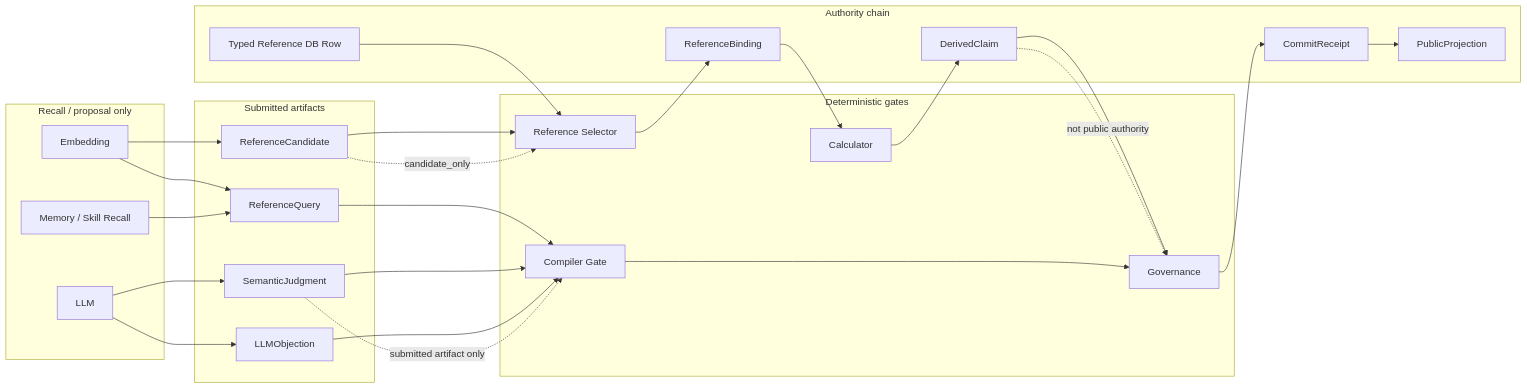
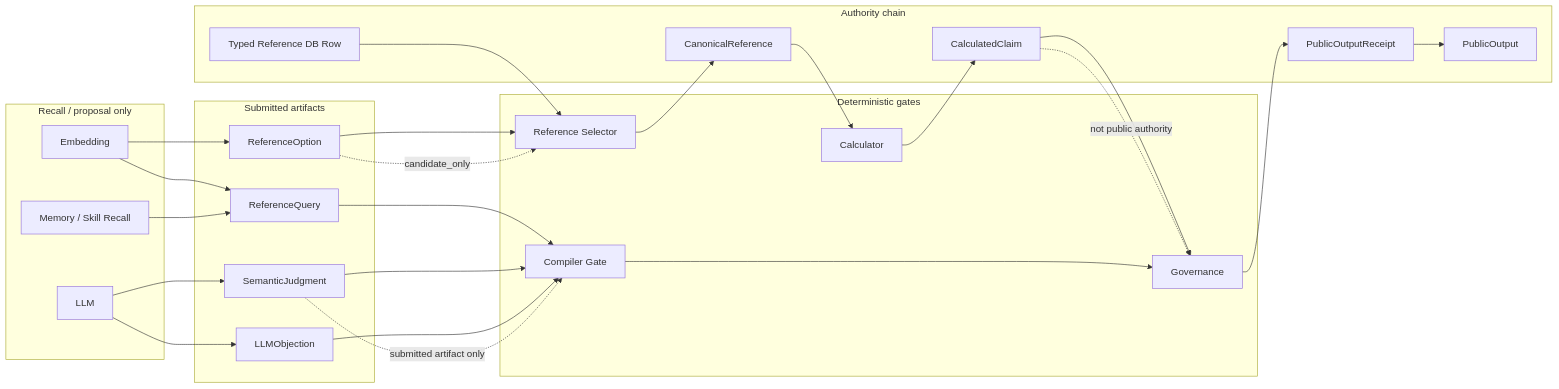
Before and after one commit to minntcho/comp: the second of 3 diagrams in docs/architecture/retrieval-fabric-north-star.md, drawn with Mermaid. The commit also changed other lines of this file and 139 other files, not shown here.

````diff
--- a/docs/architecture/retrieval-fabric-north-star.md
+++ b/docs/architecture/retrieval-fabric-north-star.md
@@ -90,54 +90,54 @@
 ```mermaid
 flowchart LR
     subgraph recall["Recall / proposal only"]
         embedding["Embedding"]
         llm["LLM"]
         memory["Memory / Skill Recall"]
     end
 
     subgraph submitted["Submitted artifacts"]
-        candidate["ReferenceCandidate"]
+        candidate["ReferenceOption"]
         query["ReferenceQuery"]
         judgment["SemanticJudgment"]
         objection["LLMObjection"]
     end
 
     subgraph gates["Deterministic gates"]
         compiler["Compiler Gate"]
         selector["Reference Selector"]
         calculator["Calculator"]
         governance["Governance"]
     end
 
     subgraph authority["Authority chain"]
         db["Typed Reference DB Row"]
-        binding["ReferenceBinding"]
-        derived["DerivedClaim"]
-        receipt["CommitReceipt"]
-        public["PublicProjection"]
+        binding["CanonicalReference"]
+        derived["CalculatedClaim"]
+        receipt["PublicOutputReceipt"]
+        public["PublicOutput"]
     end
 
     embedding --> candidate
     embedding --> query
     memory --> query
     llm --> judgment
     llm --> objection
 
     candidate --> selector
     query --> compiler
     judgment --> compiler
     objection --> compiler
 
     db --> selector
     selector --> binding
     binding --> calculator
     calculator --> derived
     derived --> governance
     compiler --> governance
     governance --> receipt
     receipt --> public
 
     candidate -. candidate_only .-> selector
     judgment -. submitted artifact only .-> compiler
     derived -. not public authority .-> governance
 ```
````
